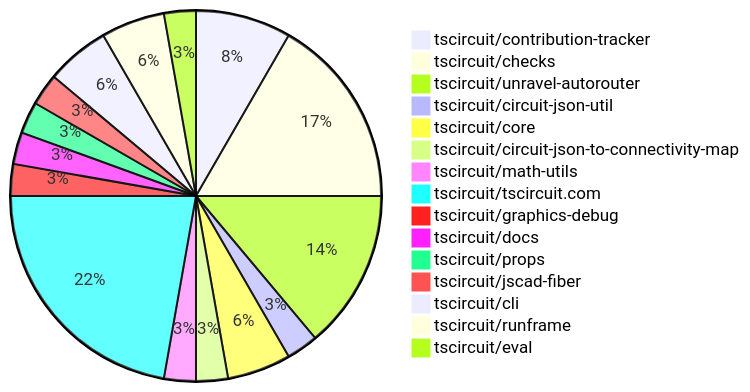
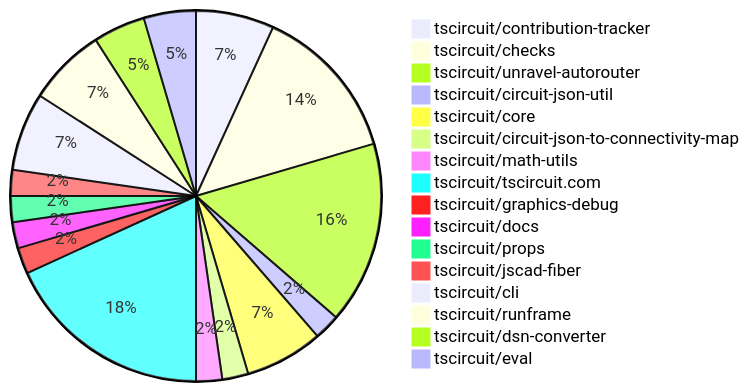
The diagram in README.md (tscircuit/contribution-tracker), drawn with Mermaid before and after one commit. The commit also changed other lines of this file and 2 other files, not shown here.

````diff
--- a/README.md
+++ b/README.md
@@ -24,18 +24,19 @@
 ```mermaid
 pie
     "tscircuit/contribution-tracker" : 3
     "tscircuit/checks" : 6
-    "tscircuit/unravel-autorouter" : 5
+    "tscircuit/unravel-autorouter" : 7
     "tscircuit/circuit-json-util" : 1
-    "tscircuit/core" : 2
+    "tscircuit/core" : 3
     "tscircuit/circuit-json-to-connectivity-map" : 1
     "tscircuit/math-utils" : 1
     "tscircuit/tscircuit.com" : 8
     "tscircuit/graphics-debug" : 1
     "tscircuit/docs" : 1
     "tscircuit/props" : 1
     "tscircuit/jscad-fiber" : 1
-    "tscircuit/cli" : 2
-    "tscircuit/runframe" : 2
-    "tscircuit/eval" : 1
+    "tscircuit/cli" : 3
+    "tscircuit/runframe" : 3
+    "tscircuit/dsn-converter" : 2
+    "tscircuit/eval" : 2
 ```
````
